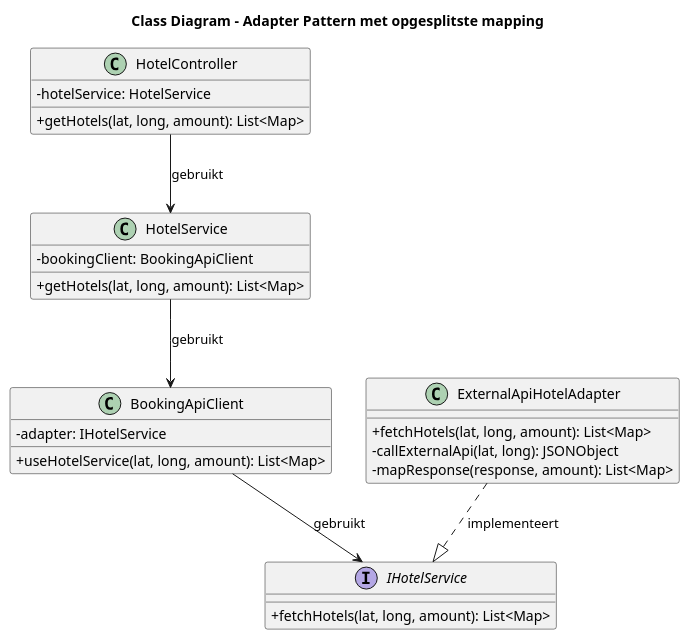
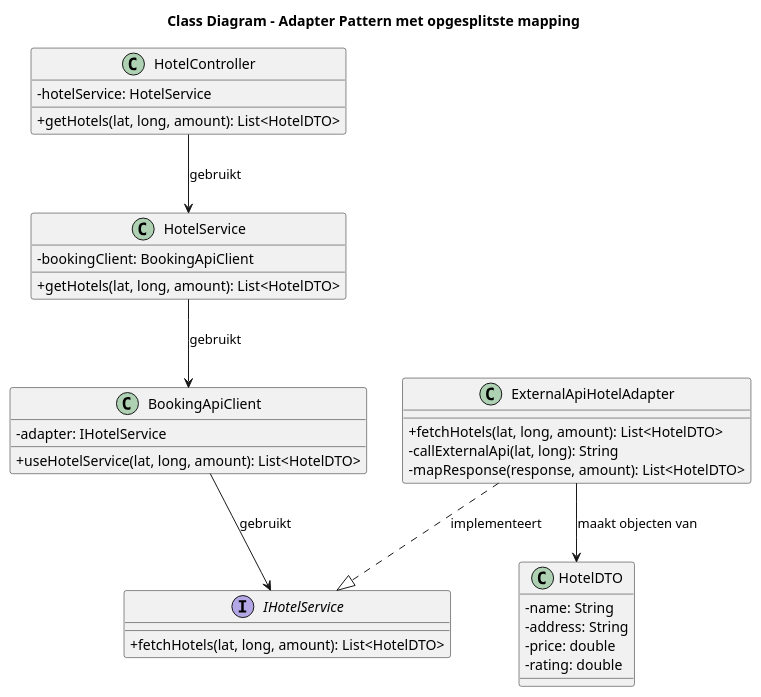
The diagram in opdracht-diagrammen/Ontwerpvraag/C4 OntwerpVraag Tren/C4ClassOntwerpVraagTren.puml (AIM-ENE-feb25/triptop-groep-3), drawn with PlantUML before and after one commit. The commit also changed 4 other files, not shown here.

Commit message:
diagrammen update met DTO

```diff
--- a/opdracht-diagrammen/Ontwerpvraag/C4 OntwerpVraag Tren/C4ClassOntwerpVraagTren.puml
+++ b/opdracht-diagrammen/Ontwerpvraag/C4 OntwerpVraag Tren/C4ClassOntwerpVraagTren.puml
@@ -1,36 +1,44 @@
 @startuml
 skinparam classAttributeIconSize 0
 title Class Diagram – Adapter Pattern met opgesplitste mapping
 
 class HotelController {
     - hotelService: HotelService
-    +getHotels(lat, long, amount): List<Map>
+    +getHotels(lat, long, amount): List<HotelDTO>
 }
 
 class HotelService {
     - bookingClient: BookingApiClient
-    +getHotels(lat, long, amount): List<Map>
+    +getHotels(lat, long, amount): List<HotelDTO>
 }
 
 class BookingApiClient {
     - adapter: IHotelService
-    +useHotelService(lat, long, amount): List<Map>
+    +useHotelService(lat, long, amount): List<HotelDTO>
 }
 
 interface IHotelService {
-    +fetchHotels(lat, long, amount): List<Map>
+    +fetchHotels(lat, long, amount): List<HotelDTO>
 }
 
 class ExternalApiHotelAdapter {
-    +fetchHotels(lat, long, amount): List<Map>
-    -callExternalApi(lat, long): JSONObject
-    -mapResponse(response, amount): List<Map>
+    +fetchHotels(lat, long, amount): List<HotelDTO>
+    -callExternalApi(lat, long): String
+    -mapResponse(response, amount): List<HotelDTO>
+}
+
+class HotelDTO {
+    -name: String
+    -address: String
+    -price: double
+    -rating: double
 }
 
 ' Relaties
 HotelController --> HotelService : gebruikt
 HotelService --> BookingApiClient : gebruikt
 BookingApiClient --> IHotelService : gebruikt
 ExternalApiHotelAdapter ..|> IHotelService : implementeert
+ExternalApiHotelAdapter --> HotelDTO : maakt objecten van
 
 @enduml
```
